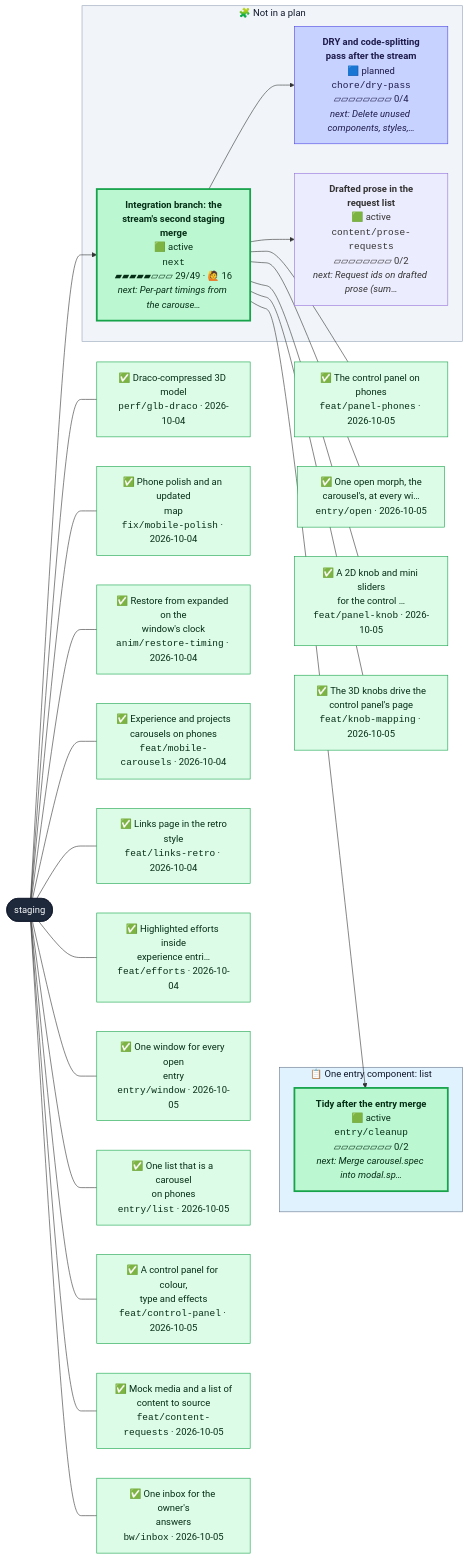
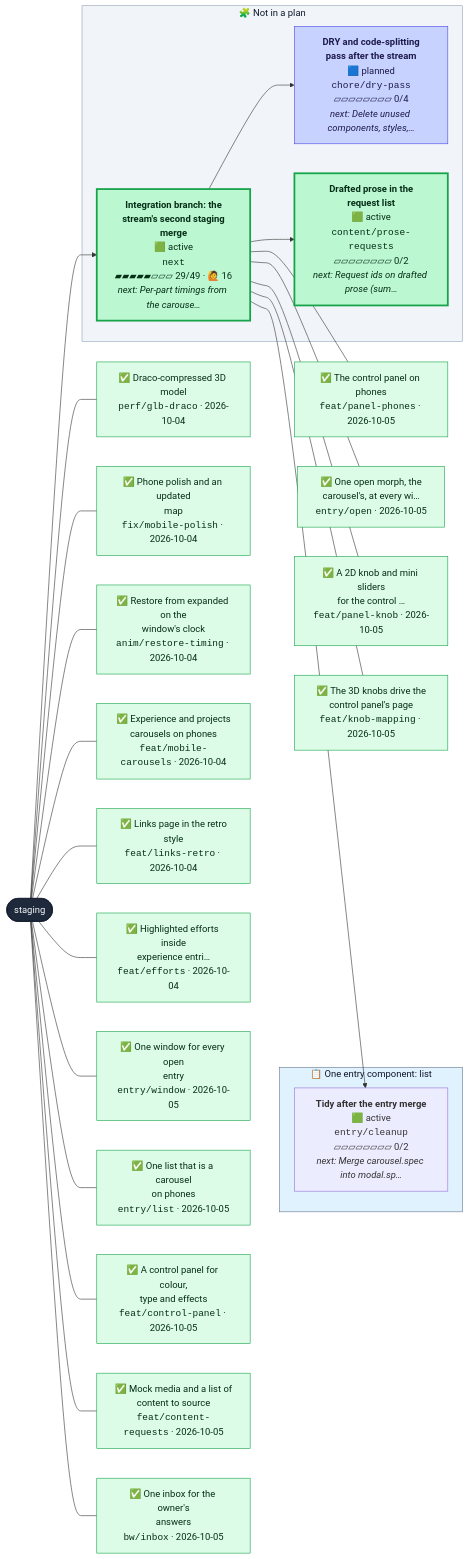
One commit to henryjonescodes/portfolio changed the second of 2 diagrams in CONTRIBUTING.md. Above: the diagram before and after it, drawn with Mermaid. The commit also changed other lines of this file, not shown here.

````diff
--- a/CONTRIBUTING.md
+++ b/CONTRIBUTING.md
@@ -75,77 +75,77 @@
 ```mermaid
 flowchart LR
   n_staging([staging])
   class n_staging trunk
   subgraph plan_0["📋 One entry component: list"]
     n_entry_cleanup["<b>Tidy after the entry merge</b><br/>🟩 active<br/><code>entry/cleanup</code><br/>▱▱▱▱▱▱▱▱ 0/2<br/><i>next: Merge carousel.spec into modal.sp…</i>"]
-    class n_entry_cleanup active
+    class n_entry_cleanup active,current
   end
   style plan_0 fill:#e0f2fe,stroke:#64748b,color:#0f172a
   subgraph loose["🧩 Not in a plan"]
     n_chore_dry_pass["<b>DRY and code-splitting<br/>pass after the stream</b><br/>🟦 planned<br/><code>chore/dry-pass</code><br/>▱▱▱▱▱▱▱▱ 0/4<br/><i>next: Delete unused components, styles,…</i>"]
     class n_chore_dry_pass planned
     n_content_prose_requests["<b>Drafted prose in the<br/>request list</b><br/>🟩 active<br/><code>content/prose-requests</code><br/>▱▱▱▱▱▱▱▱ 0/2<br/><i>next: Request ids on drafted prose (sum…</i>"]
-    class n_content_prose_requests active,current
+    class n_content_prose_requests active
     n_next["<b>Integration branch: the<br/>stream's second staging<br/>merge</b><br/>🟩 active<br/><code>next</code><br/>▰▰▰▰▰▱▱▱ 29/49 · 🙋 16<br/><i>next: Per-part timings from the carouse…</i>"]
     class n_next active
   end
   style loose fill:#f1f5f9,stroke:#94a3b8,color:#0f172a
   n_next --> n_chore_dry_pass
   n_next --> n_content_prose_requests
   n_next --> n_entry_cleanup
   n_staging --> n_next
   landed_0["✅ Draco-compressed 3D model<br/><code>perf/glb-draco</code> · 2026-10-04"]
   class landed_0 merged
   n_staging --- landed_0
   landed_1["✅ Phone polish and an updated<br/>map<br/><code>fix/mobile-polish</code> · 2026-10-04"]
   class landed_1 merged
   n_staging --- landed_1
   landed_2["✅ Restore from expanded on the<br/>window's clock<br/><code>anim/restore-timing</code> · 2026-10-04"]
   class landed_2 merged
   n_staging --- landed_2
   landed_3["✅ Experience and projects<br/>carousels on phones<br/><code>feat/mobile-carousels</code> · 2026-10-04"]
   class landed_3 merged
   n_staging --- landed_3
   landed_4["✅ Links page in the retro<br/>style<br/><code>feat/links-retro</code> · 2026-10-04"]
   class landed_4 merged
   n_staging --- landed_4
   landed_5["✅ Highlighted efforts inside<br/>experience entri…<br/><code>feat/efforts</code> · 2026-10-04"]
   class landed_5 merged
   n_staging --- landed_5
   landed_6["✅ One window for every open<br/>entry<br/><code>entry/window</code> · 2026-10-05"]
   class landed_6 merged
   n_staging --- landed_6
   landed_7["✅ One list that is a carousel<br/>on phones<br/><code>entry/list</code> · 2026-10-05"]
   class landed_7 merged
   n_staging --- landed_7
   landed_8["✅ A control panel for colour,<br/>type and effects<br/><code>feat/control-panel</code> · 2026-10-05"]
   class landed_8 merged
   n_staging --- landed_8
   landed_9["✅ Mock media and a list of<br/>content to source<br/><code>feat/content-requests</code> · 2026-10-05"]
   class landed_9 merged
   n_staging --- landed_9
   landed_10["✅ One inbox for the owner's<br/>answers<br/><code>bw/inbox</code> · 2026-10-05"]
   class landed_10 merged
   n_staging --- landed_10
   landed_11["✅ The control panel on phones<br/><code>feat/panel-phones</code> · 2026-10-05"]
   class landed_11 merged
   n_next --- landed_11
   landed_12["✅ One open morph, the<br/>carousel's, at every wi…<br/><code>entry/open</code> · 2026-10-05"]
   class landed_12 merged
   n_next --- landed_12
   landed_13["✅ A 2D knob and mini sliders<br/>for the control …<br/><code>feat/panel-knob</code> · 2026-10-05"]
   class landed_13 merged
   n_next --- landed_13
   landed_14["✅ The 3D knobs drive the<br/>control panel's page<br/><code>feat/knob-mapping</code> · 2026-10-05"]
   class landed_14 merged
   n_next --- landed_14
   classDef merged fill:#dcfce7,stroke:#16a34a,color:#052e16
   classDef todo fill:#ffffff,stroke:#94a3b8,stroke-dasharray:2 2,color:#334155
   classDef planned fill:#c7d2fe,stroke:#4f46e5,color:#1e1b4b
   classDef sketched fill:#f8fafc,stroke:#64748b,stroke-dasharray:4 3,color:#334155
   classDef active fill:#bbf7d0,stroke:#16a34a,stroke-width:3px,color:#052e16
   classDef review fill:#fde68a,stroke:#d97706,stroke-width:3px,color:#451a03
   classDef blocked fill:#fecaca,stroke:#dc2626,stroke-width:3px,color:#450a0a
   classDef trunk fill:#1e293b,stroke:#0f172a,color:#f8fafc
   classDef current stroke:#0ea5e9,stroke-width:5px
 ```
````
